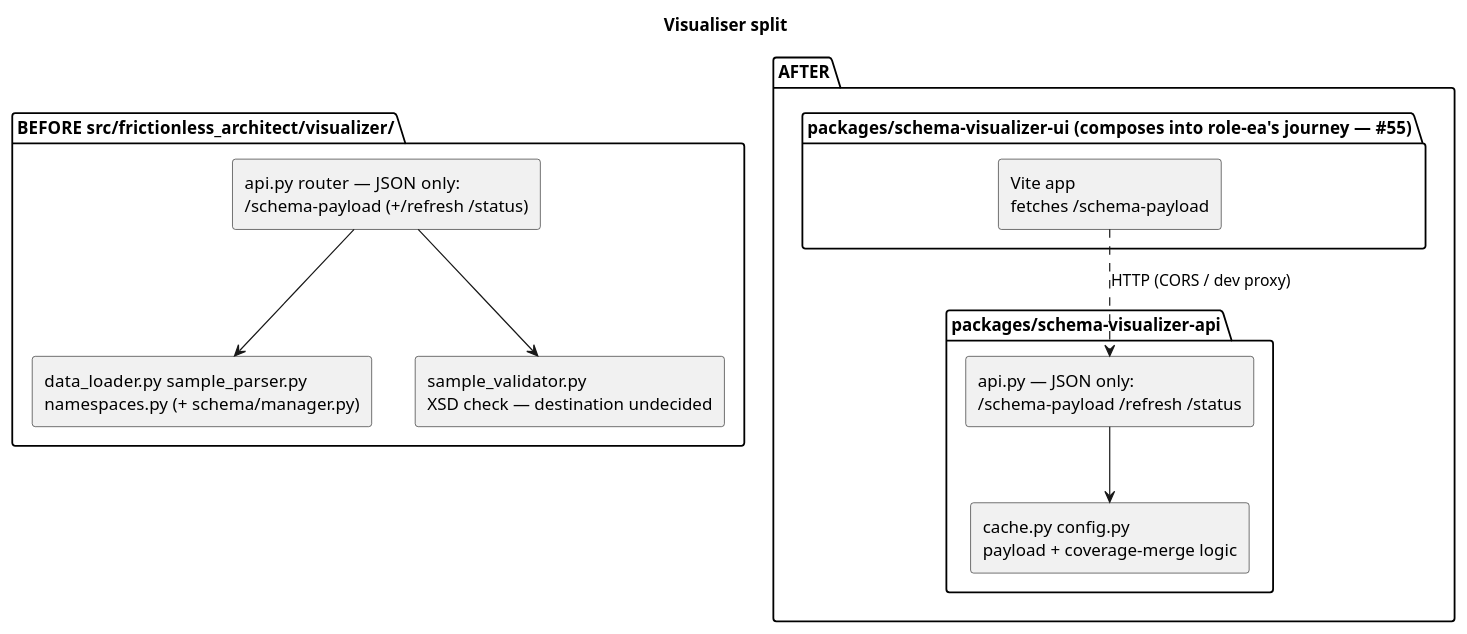
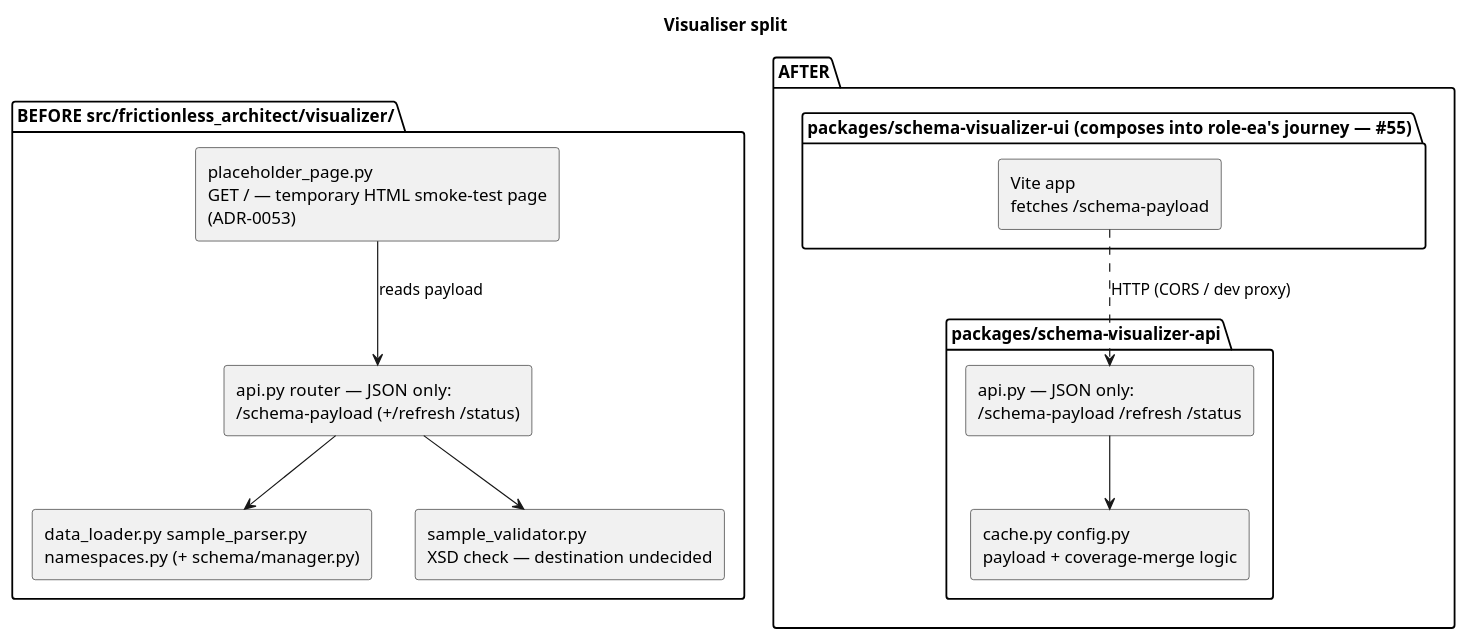
The second of 2 diagrams in ARCHITECTURE.md (wolffy-au/frictionless-architect), drawn with PlantUML before and after one commit. The commit also changed other lines of this file, not shown here.

Commit message:
docs(architecture): clarify temporary visualiser placeholder

````diff
--- a/ARCHITECTURE.md
+++ b/ARCHITECTURE.md
@@ -384,26 +386,28 @@
 ```plantuml
 @startuml
 title Visualiser split
 skinparam componentStyle rectangle
 
 package "BEFORE  src/frictionless_architect/visualizer/" {
   [api.py  router — JSON only:\n/schema-payload (+/refresh /status)] as before_api
+  [placeholder_page.py\nGET / — temporary HTML smoke-test page\n(ADR-0053)] as before_placeholder
   [data_loader.py sample_parser.py\nnamespaces.py (+ schema/manager.py)] as before_kg
   [sample_validator.py\nXSD check — destination undecided] as before_val
   before_api --> before_kg
   before_api --> before_val
+  before_placeholder --> before_api : reads payload
 }
 
 package "AFTER" {
   package "packages/schema-visualizer-api" {
     [api.py — JSON only:\n/schema-payload /refresh /status] as after_api
     [cache.py config.py\npayload + coverage-merge logic] as after_lib
     after_api --> after_lib
   }
   package "packages/schema-visualizer-ui  (composes into role-ea's journey — #55)" {
     [Vite app\nfetches /schema-payload] as after_ui
   }
   after_ui ..> after_api : HTTP (CORS / dev proxy)
 }
 @enduml
 ```
````
